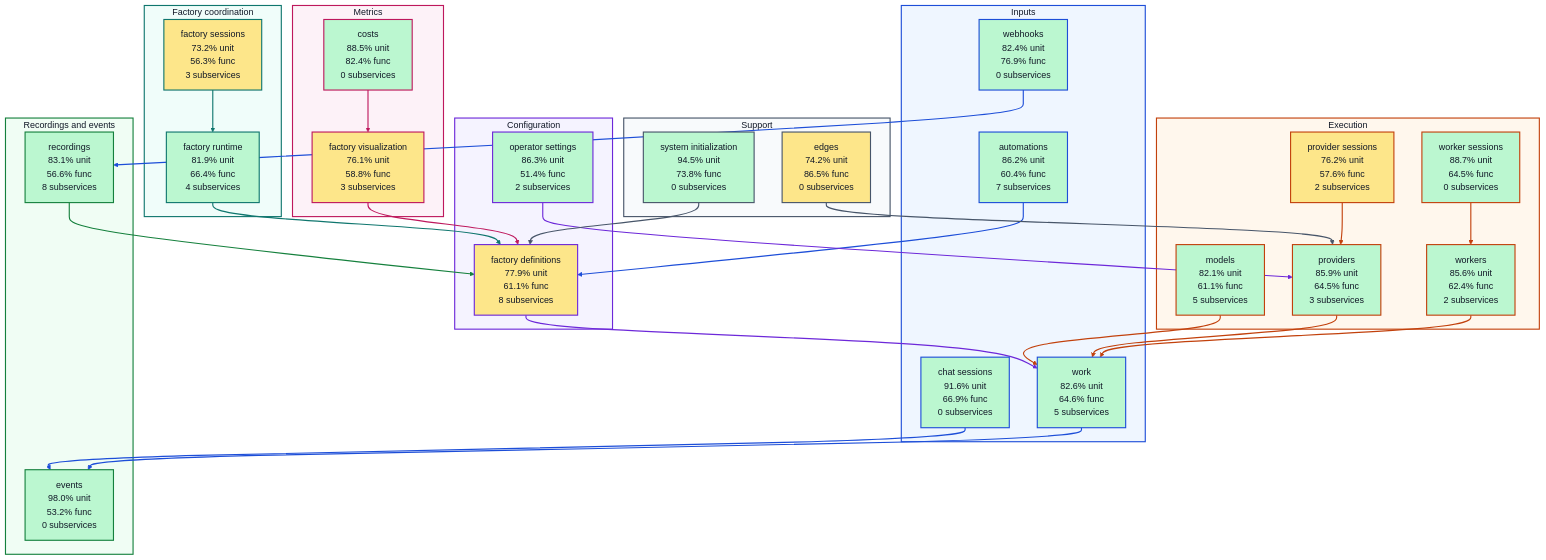
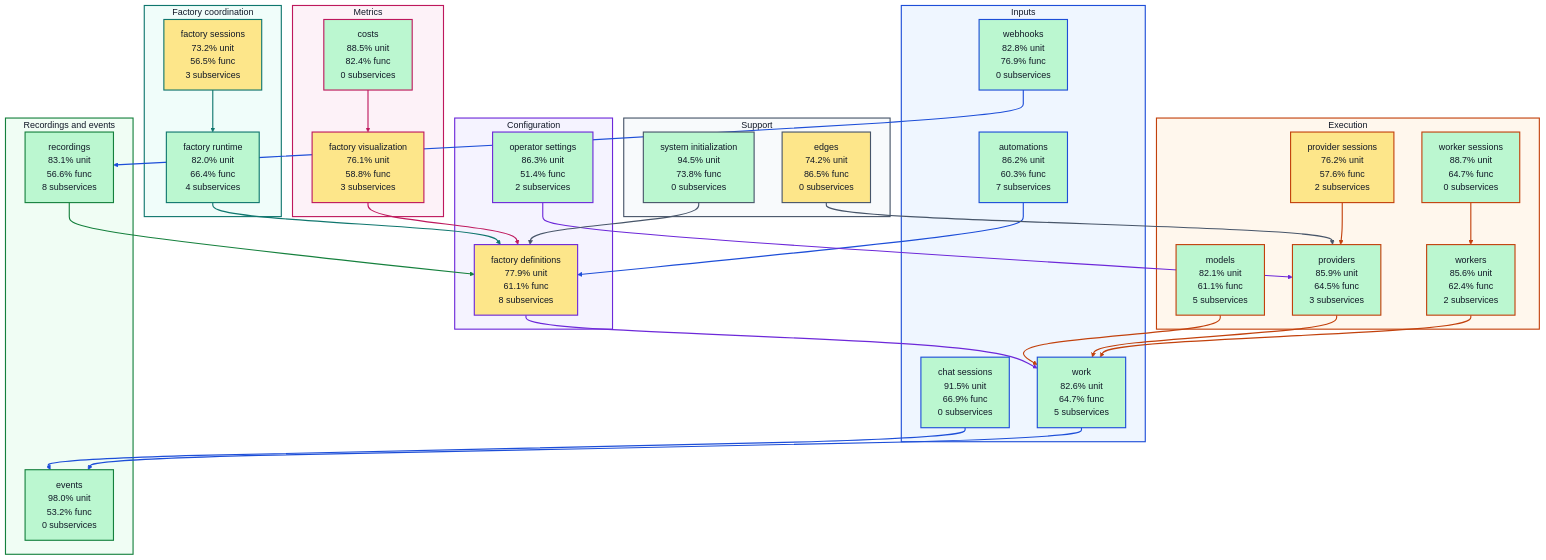
Before and after one commit to portpowered/you-agent-factory: the diagram in docs/architecture/visualizations/high-level-test-coverage.md, drawn with Mermaid. The commit also changed other lines of this file and 20 other files, not shown here.

Commit message:
docs: refresh backend architecture visualizations

````diff
--- a/docs/architecture/visualizations/high-level-test-coverage.md
+++ b/docs/architecture/visualizations/high-level-test-coverage.md
@@ -11,24 +11,24 @@
 ```mermaid
 flowchart TB
   subgraph input["Inputs"]
-    s_services_automations["automations<br/>86.2% unit<br/>60.4% func<br/>7 subservices"]
-    s_services_chat_sessions["chat sessions<br/>91.6% unit<br/>66.9% func<br/>0 subservices"]
-    s_services_webhooks["webhooks<br/>82.4% unit<br/>76.9% func<br/>0 subservices"]
-    s_services_work["work<br/>82.6% unit<br/>64.6% func<br/>5 subservices"]
+    s_services_automations["automations<br/>86.2% unit<br/>60.3% func<br/>7 subservices"]
+    s_services_chat_sessions["chat sessions<br/>91.5% unit<br/>66.9% func<br/>0 subservices"]
+    s_services_webhooks["webhooks<br/>82.8% unit<br/>76.9% func<br/>0 subservices"]
+    s_services_work["work<br/>82.6% unit<br/>64.7% func<br/>5 subservices"]
   end
   subgraph configuration["Configuration"]
     s_services_factory_definitions["factory definitions<br/>77.9% unit<br/>61.1% func<br/>8 subservices"]
     s_services_operator_settings["operator settings<br/>86.3% unit<br/>51.4% func<br/>2 subservices"]
   end
   subgraph coordination["Factory coordination"]
-    s_services_factory_runtime["factory runtime<br/>81.9% unit<br/>66.4% func<br/>4 subservices"]
-    s_services_factory_sessions["factory sessions<br/>73.2% unit<br/>56.3% func<br/>3 subservices"]
+    s_services_factory_runtime["factory runtime<br/>82.0% unit<br/>66.4% func<br/>4 subservices"]
+    s_services_factory_sessions["factory sessions<br/>73.2% unit<br/>56.5% func<br/>3 subservices"]
   end
   subgraph execution["Execution"]
     s_services_models["models<br/>82.1% unit<br/>61.1% func<br/>5 subservices"]
     s_services_provider_sessions["provider sessions<br/>76.2% unit<br/>57.6% func<br/>2 subservices"]
     s_services_providers["providers<br/>85.9% unit<br/>64.5% func<br/>3 subservices"]
-    s_services_worker_sessions["worker sessions<br/>88.7% unit<br/>64.5% func<br/>0 subservices"]
+    s_services_worker_sessions["worker sessions<br/>88.7% unit<br/>64.7% func<br/>0 subservices"]
     s_services_workers["workers<br/>85.6% unit<br/>62.4% func<br/>2 subservices"]
   end
   subgraph recordings["Recordings and events"]
````
